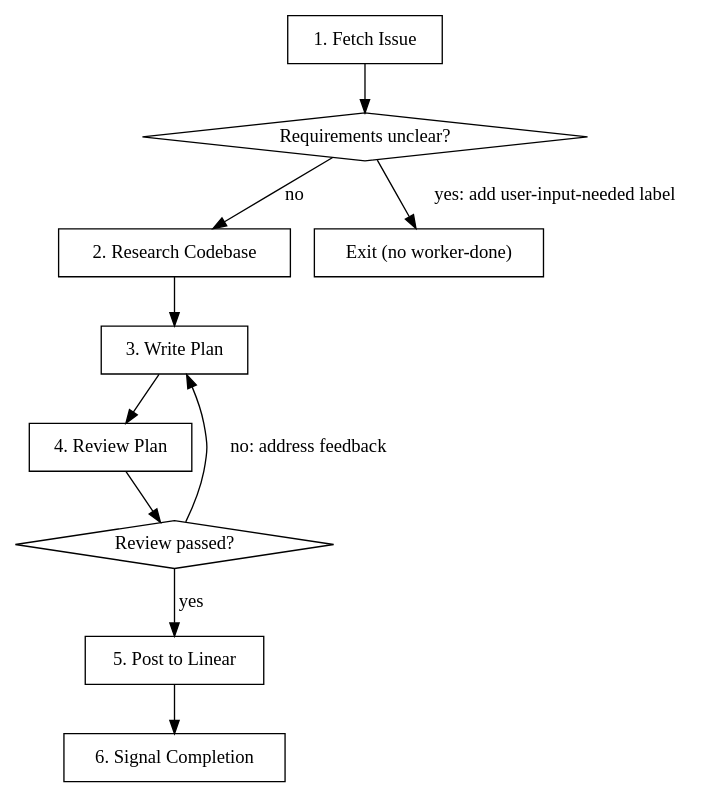
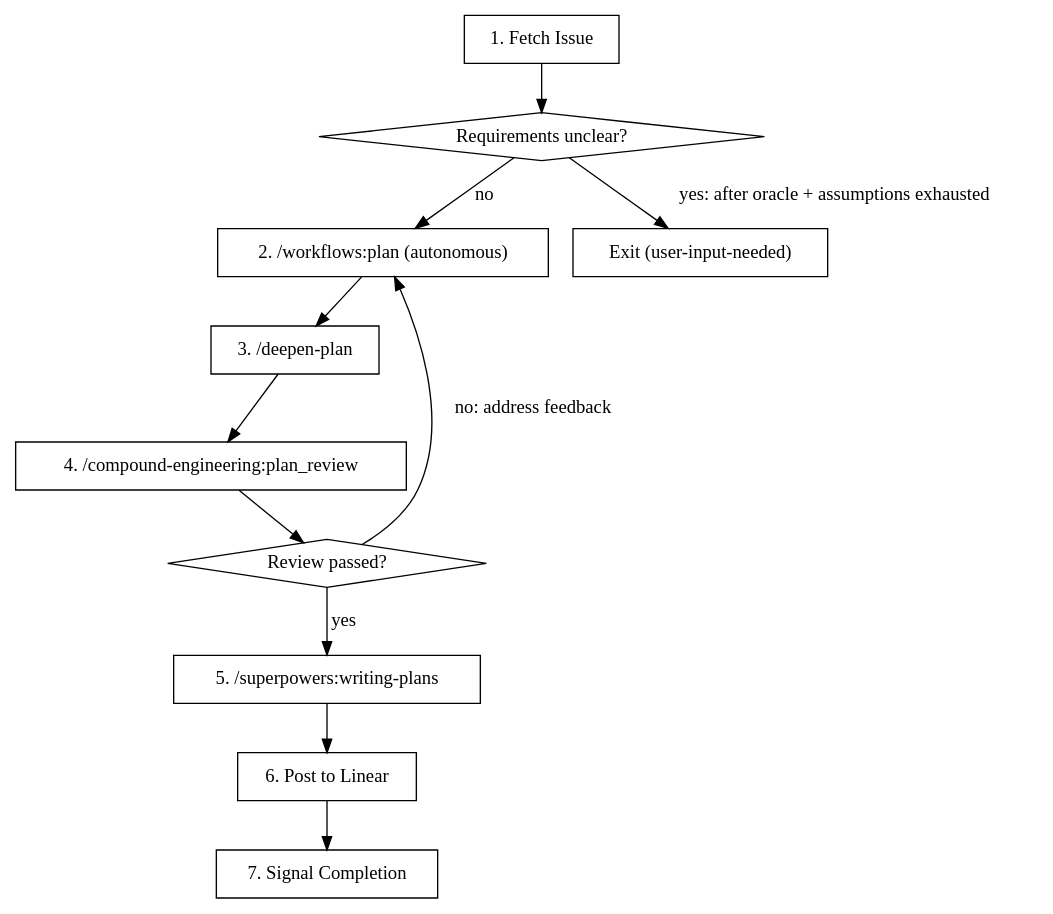
The diagram in skills/legion-worker/workflows/plan.md (sjawhar/legion), drawn with Graphviz before and after one commit. The commit also changed other lines of this file, not shown here.

Commit message:
refactor: update plan workflow to use compound-engineering skills (#9)

````diff
--- a/skills/legion-worker/workflows/plan.md
+++ b/skills/legion-worker/workflows/plan.md
@@ -7,26 +7,28 @@
 ```dot
 digraph plan_workflow {
     rankdir=TB;
     node [shape=box];
 
     fetch [label="1. Fetch Issue"];
     unclear [label="Requirements unclear?" shape=diamond];
-    research [label="2. Research Codebase"];
-    write [label="3. Write Plan"];
-    review [label="4. Review Plan"];
+    research_plan [label="2. /workflows:plan (autonomous)"];
+    deepen [label="3. /deepen-plan"];
+    review [label="4. /compound-engineering:plan_review"];
     passed [label="Review passed?" shape=diamond];
-    post [label="5. Post to Linear"];
-    complete [label="6. Signal Completion"];
-    exit_unclear [label="Exit (no worker-done)"];
+    executable [label="5. /superpowers:writing-plans"];
+    post [label="6. Post to Linear"];
+    complete [label="7. Signal Completion"];
+    exit_unclear [label="Exit (user-input-needed)"];
 
     fetch -> unclear;
-    unclear -> exit_unclear [label="yes: add user-input-needed label"];
-    unclear -> research [label="no"];
-    research -> write;
-    write -> review;
+    unclear -> exit_unclear [label="yes: after oracle + assumptions exhausted"];
+    unclear -> research_plan [label="no"];
+    research_plan -> deepen;
+    deepen -> review;
     review -> passed;
-    passed -> write [label="no: address feedback"];
-    passed -> post [label="yes"];
+    passed -> research_plan [label="no: address feedback"];
+    passed -> executable [label="yes"];
+    executable -> post;
     post -> complete;
 }
 ```
````
